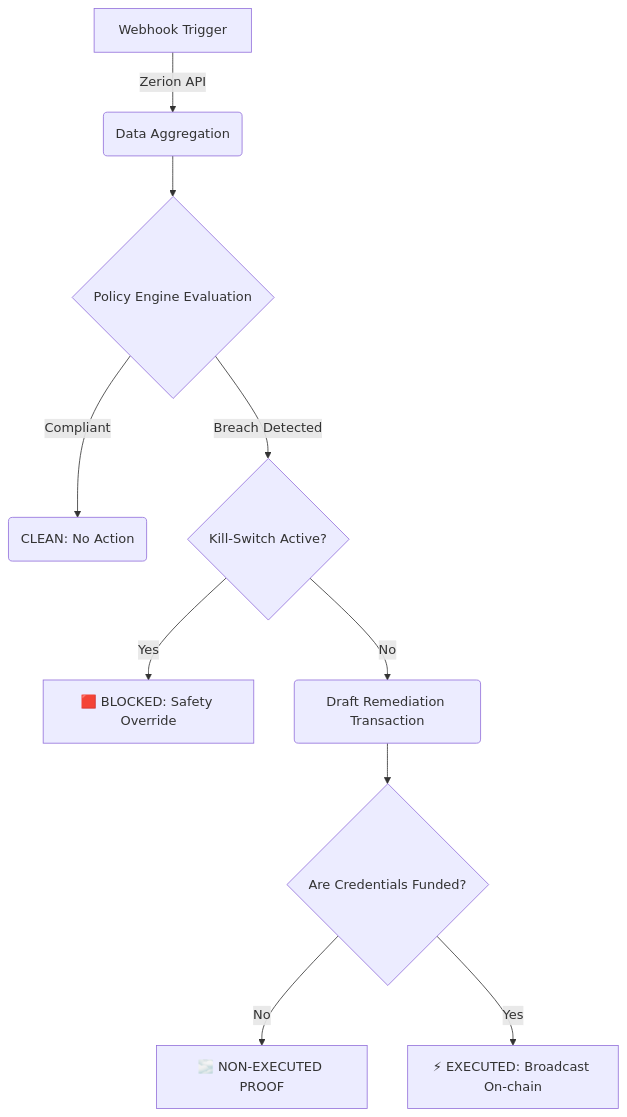
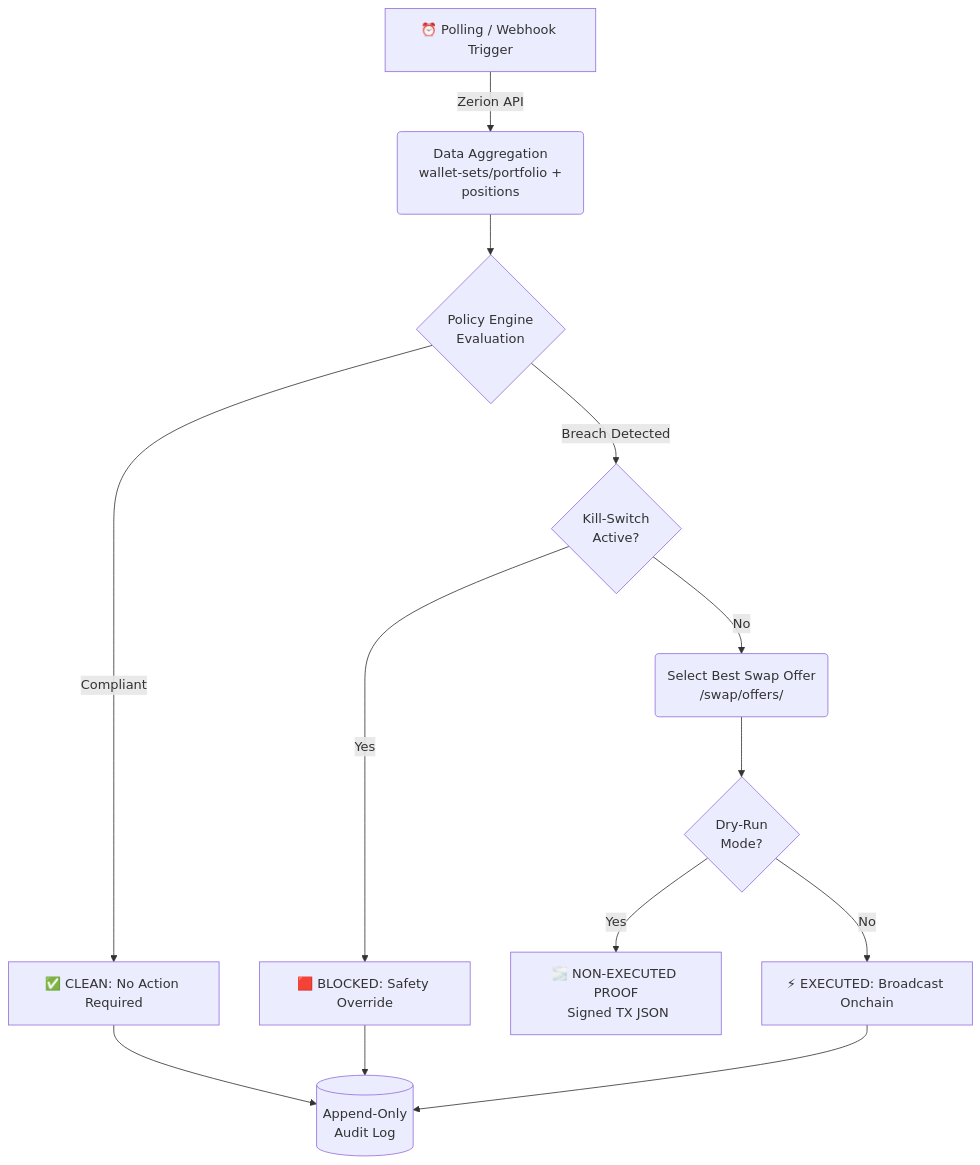
The diagram in README.md (THE-VARNA/zerion-ai), drawn with Mermaid before and after one commit. The commit also changed other lines of this file, not shown here.

Commit message:
Docs: final comprehensive README — full codebase audit, all guardrails documented

````diff
--- a/README.md
+++ b/README.md
@@ -21,12 +24,15 @@
 ```mermaid
 graph TD
-    A[Webhook Trigger] -->|Zerion API| B(Data Aggregation)
-    B --> C{Policy Engine Evaluation}
-    C -->|Compliant| D(CLEAN: No Action)
-    C -->|Breach Detected| E{Kill-Switch Active?}
+    A[⏰ Polling / Webhook Trigger] -->|Zerion API| B(Data Aggregation\n wallet-sets/portfolio + positions)
+    B --> C{Policy Engine\n Evaluation}
+    C -->|Compliant| D[✅ CLEAN: No Action Required]
+    C -->|Breach Detected| E{Kill-Switch\n Active?}
     E -->|Yes| F[🟥 BLOCKED: Safety Override]
-    E -->|No| G(Draft Remediation Transaction)
-    G --> H{Are Credentials Funded?}
-    H -->|No| I[🌫️ NON-EXECUTED PROOF]
-    H -->|Yes| J[⚡ EXECUTED: Broadcast On-chain]
+    E -->|No| G(Select Best Swap Offer\n /swap/offers/)
+    G --> H{Dry-Run\n Mode?}
+    H -->|Yes| I[🌫️ NON-EXECUTED PROOF\n Signed TX JSON]
+    H -->|No| J[⚡ EXECUTED: Broadcast Onchain]
+    J --> K[(Append-Only\n Audit Log)]
+    F --> K
+    D --> K
 ```
````
